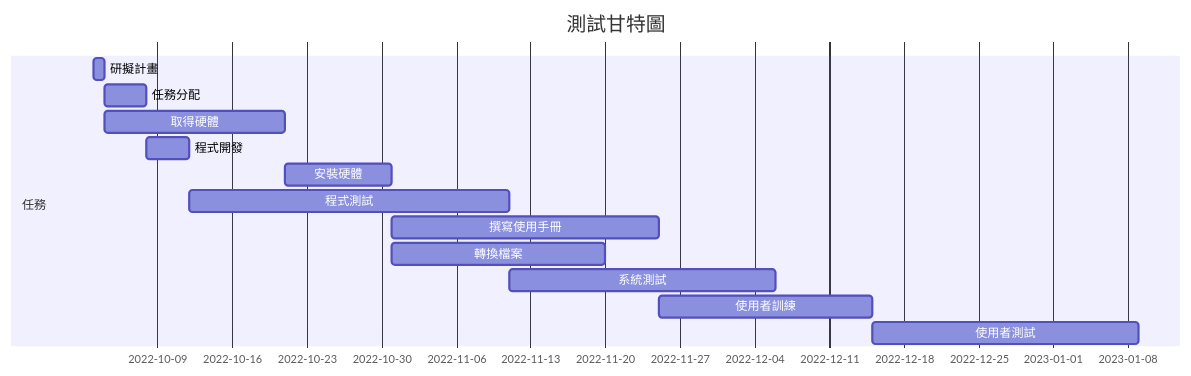
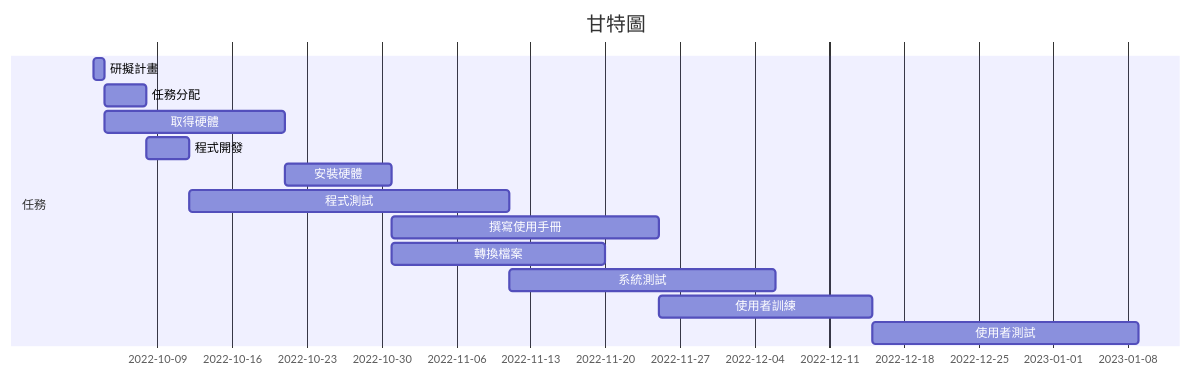
The second of 3 diagrams in hw2.md (MoRedChen/2022-3a), drawn with Mermaid before and after one commit. The commit also changed other lines of this file, not shown here.

````diff
--- a/hw2.md
+++ b/hw2.md
@@ -85,17 +85,17 @@
 ```mermaid
 gantt
-    title 測試甘特圖
+    title 甘特圖
 
     section 任務
     研擬計畫 :a1, 2022-10-03, 1d
     任務分配 :a2, after a1, 4d
     取得硬體 :a3, after a1, 17d
     程式開發 :a4, after a2, 4d
     安裝硬體 :a5, after a3, 10d
     程式測試 :a6, after a4, 30d
     撰寫使用手冊 :a7, after a5, 25d
     轉換檔案 :a8, after a5, 20d
     系統測試 :a9, after a6, 25d
     使用者訓練 :a10, after a7, 20d
     使用者測試 :a11, after a10, 25d
 ```
````
